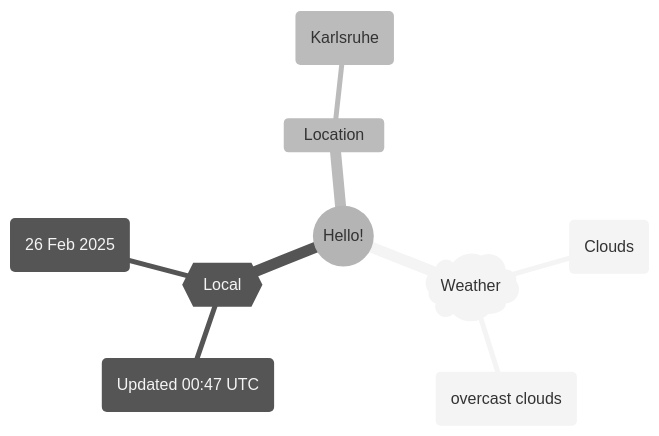
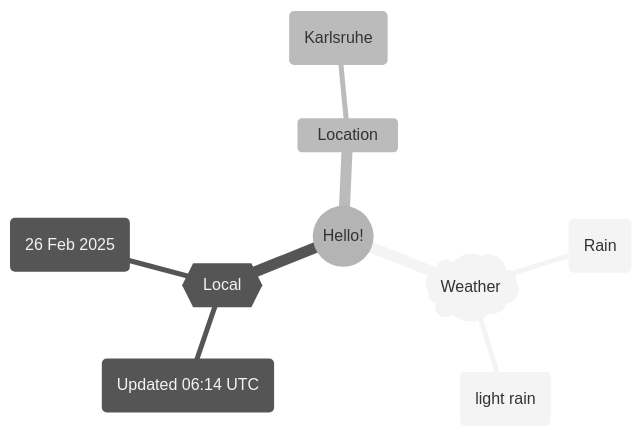
The first of 2 diagrams in README.md (Xosrov/Xosrov), drawn with Mermaid (neutral theme) before and after one commit.

Commit message:
[bot] updated images

````diff
--- a/README.md
+++ b/README.md
@@ -3,12 +3,12 @@
 ```mermaid
 mindmap
   root((Hello!))
     )Weather(
-        (Clouds)
-        (overcast clouds)
+        (Rain)
+        (light rain)
     {{Local}}
-        (Updated 00:47 UTC)
+        (Updated 06:14 UTC)
         (26 Feb 2025)
     Location
         (Karlsruhe)
 ```
````
